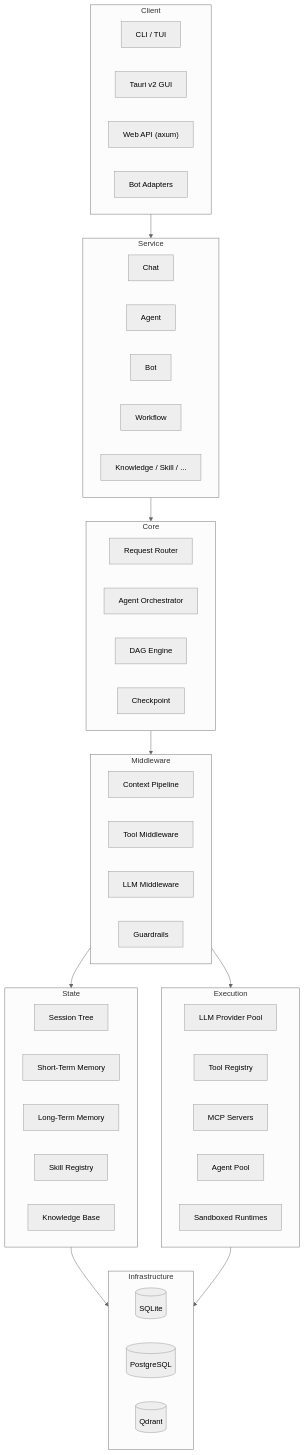
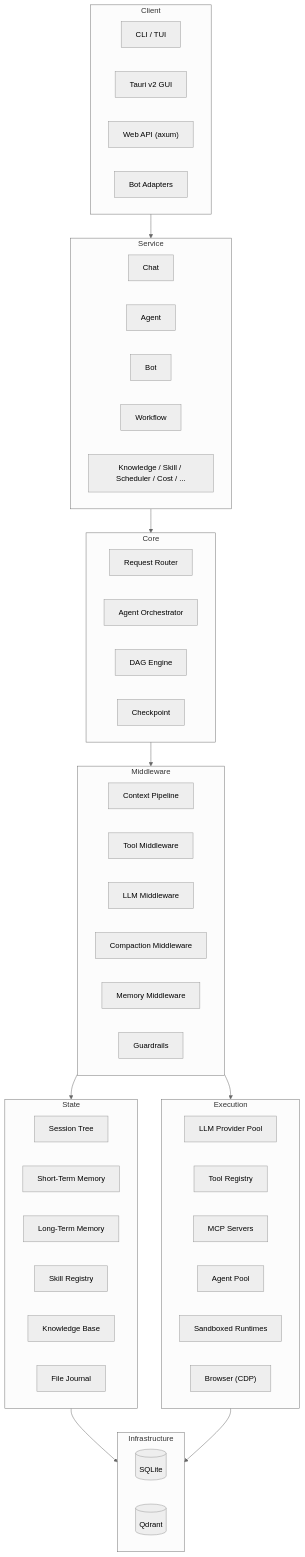
One commit to gorgiaxx/y-agent changed the diagram in website/docs/architecture/index.md. Above: the diagram before and after it, drawn with Mermaid (neutral theme). The commit also changed other lines of this file and 11 other files, not shown here.

````diff
--- a/website/docs/architecture/index.md
+++ b/website/docs/architecture/index.md
@@ -7,61 +7,64 @@
 ```mermaid
 flowchart TD
     subgraph CLIENT ["Client"]
         CLI["CLI / TUI"]
         GUI["Tauri v2 GUI"]
         API["Web API (axum)"]
         BOT["Bot Adapters"]
     end
 
     subgraph SERVICE ["Service"]
         Chat["Chat"]
         Agent["Agent"]
         Bot["Bot"]
         Workflow["Workflow"]
-        More["Knowledge / Skill / ..."]
+        More["Knowledge / Skill / Scheduler / Cost / ..."]
     end
 
     subgraph CORE ["Core"]
         Router["Request Router"]
         Orchestrator["Agent Orchestrator"]
         DAG["DAG Engine"]
         Checkpoint["Checkpoint"]
     end
 
     subgraph MIDDLE ["Middleware"]
         CtxMW["Context Pipeline"]
         ToolMW["Tool Middleware"]
         LlmMW["LLM Middleware"]
+        CompMW["Compaction Middleware"]
+        MemMW["Memory Middleware"]
         Guard["Guardrails"]
     end
 
     subgraph EXEC ["Execution"]
         Providers["LLM Provider Pool"]
         ToolReg["Tool Registry"]
         MCP["MCP Servers"]
         AgentPool["Agent Pool"]
         Runtime["Sandboxed Runtimes"]
+        Browser["Browser (CDP)"]
     end
 
     subgraph STATE ["State"]
         Session["Session Tree"]
         STM["Short-Term Memory"]
         LTM["Long-Term Memory"]
         Skills["Skill Registry"]
         KB["Knowledge Base"]
+        Journal["File Journal"]
     end
 
     subgraph INFRA ["Infrastructure"]
         SQLite[("SQLite")]
-        PG[("PostgreSQL")]
         Qdrant[("Qdrant")]
     end
 
     CLIENT --> SERVICE
     SERVICE --> CORE
     CORE --> MIDDLE
     MIDDLE --> EXEC
     MIDDLE --> STATE
     STATE --> INFRA
     EXEC --> INFRA
 ```
````
